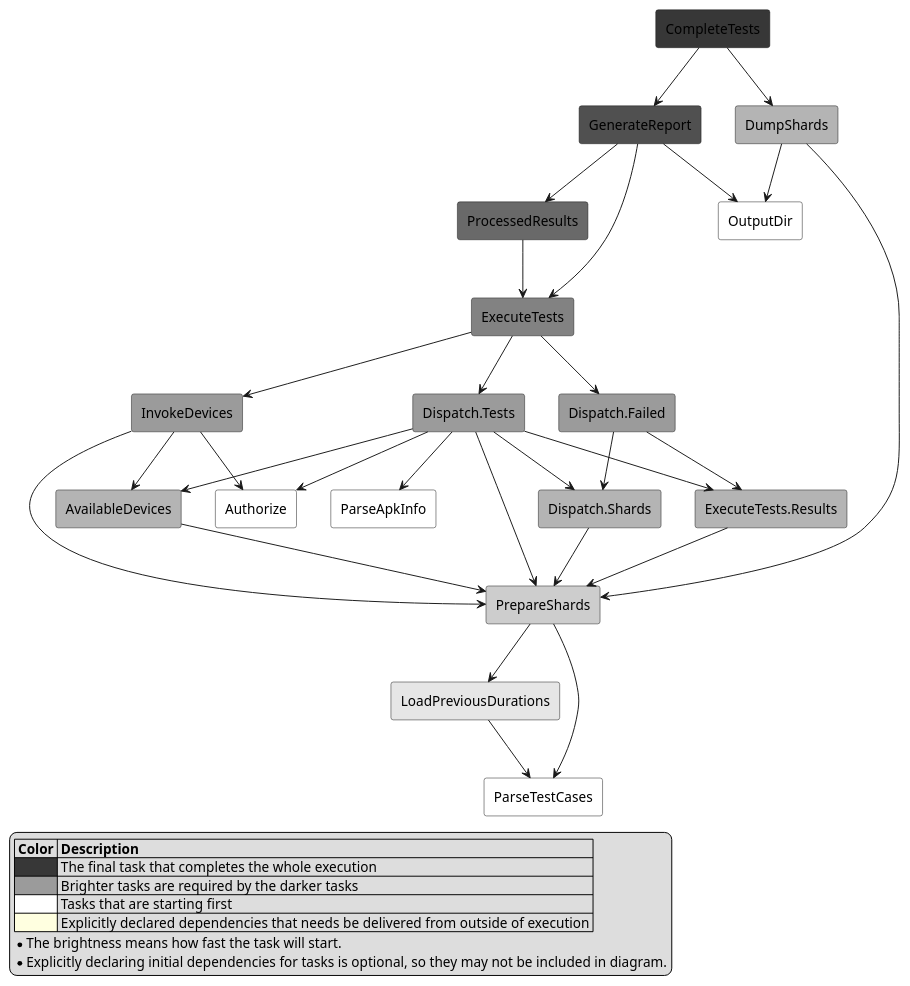
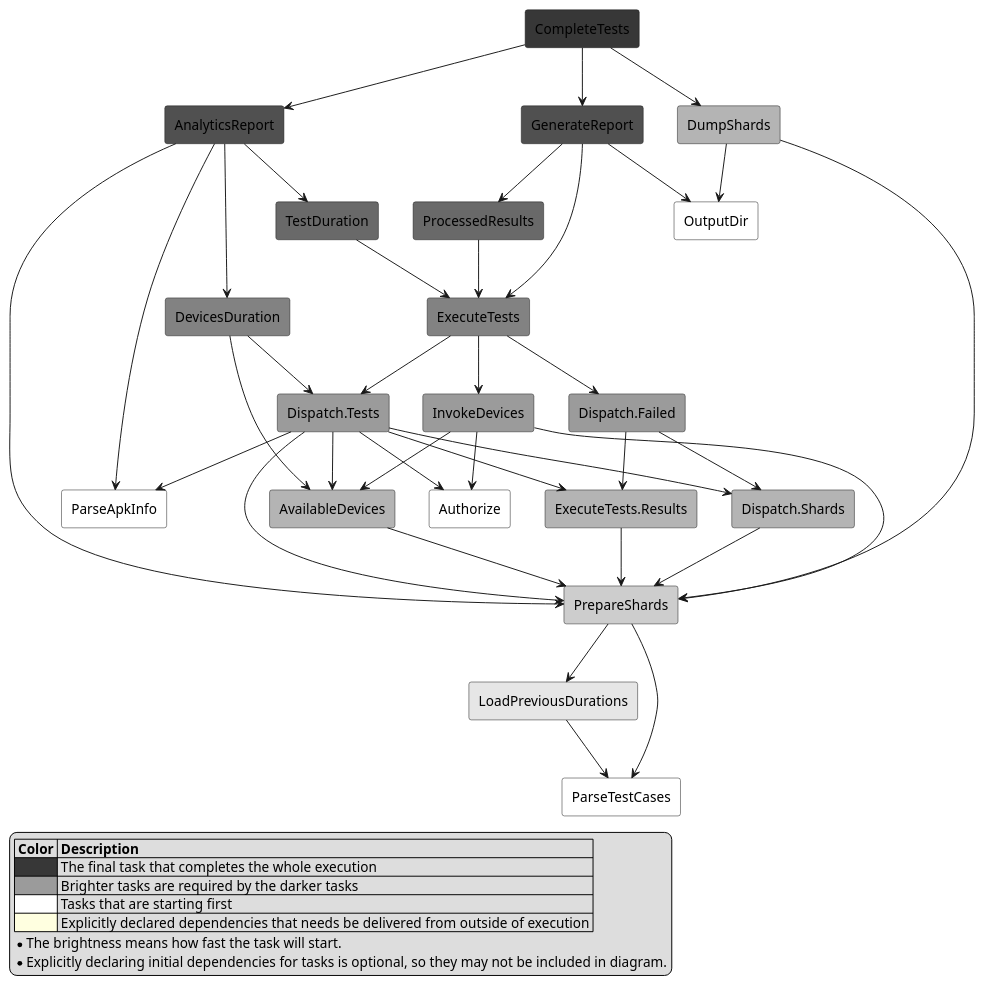
Before and after one commit to Flank/flank: the diagram in corellium/domain/TestAndroid-execute.puml, drawn with PlantUML. The commit also changed 8 other files, not shown here.

```diff
--- a/corellium/domain/TestAndroid-execute.puml
+++ b/corellium/domain/TestAndroid-execute.puml
@@ -1,62 +1,73 @@
 @startuml
 
 skinparam componentStyle rectangle
 
 legend left
   |= Color |= Description |
   |<#373737>| The final task that completes the whole execution |
   |<#9b9b9b>| Brighter tasks are required by the darker tasks |
   |<#ffffff>| Tasks that are starting first |
   |<#LightYellow>| Explicitly declared dependencies that needs be delivered from outside of execution |
   * The brightness means how fast the task will start.
   * Explicitly declaring initial dependencies for tasks is optional, so they may not be included in diagram.
 end legend
 
 [Authorize] #ffffff
 [OutputDir] #ffffff
 [ParseApkInfo] #ffffff
 [ParseTestCases] #ffffff
 [LoadPreviousDurations] #e6e6e6
 [PrepareShards] #cdcdcd
 [AvailableDevices] #b4b4b4
 [Dispatch.Shards] #b4b4b4
 [DumpShards] #b4b4b4
 [ExecuteTests.Results] #b4b4b4
 [Dispatch.Failed] #9b9b9b
 [Dispatch.Tests] #9b9b9b
 [InvokeDevices] #9b9b9b
+[DevicesDuration] #828282
 [ExecuteTests] #828282
+[TestDuration] #696969
 [ProcessedResults] #696969
 [GenerateReport] #505050
+[AnalyticsReport] #505050
 [CompleteTests] #373737
 
 [AvailableDevices] --> [PrepareShards]
+[DevicesDuration] --> [AvailableDevices]
+[DevicesDuration] --> [Dispatch.Tests]
+[TestDuration] --> [ExecuteTests]
 [Dispatch.Failed] --> [Dispatch.Shards]
 [Dispatch.Failed] --> [ExecuteTests.Results]
 [Dispatch.Shards] --> [PrepareShards]
 [Dispatch.Tests] --> [ParseApkInfo]
 [Dispatch.Tests] --> [Authorize]
 [Dispatch.Tests] --> [PrepareShards]
 [Dispatch.Tests] --> [AvailableDevices]
 [Dispatch.Tests] --> [Dispatch.Shards]
 [Dispatch.Tests] --> [ExecuteTests.Results]
 [DumpShards] --> [PrepareShards]
 [DumpShards] --> [OutputDir]
 [ExecuteTests] --> [InvokeDevices]
 [ExecuteTests] --> [Dispatch.Tests]
 [ExecuteTests] --> [Dispatch.Failed]
 [CompleteTests] --> [GenerateReport]
 [CompleteTests] --> [DumpShards]
+[CompleteTests] --> [AnalyticsReport]
 [GenerateReport] --> [ExecuteTests]
 [GenerateReport] --> [ProcessedResults]
 [GenerateReport] --> [OutputDir]
 [ExecuteTests.Results] --> [PrepareShards]
 [InvokeDevices] --> [Authorize]
 [InvokeDevices] --> [PrepareShards]
 [InvokeDevices] --> [AvailableDevices]
 [LoadPreviousDurations] --> [ParseTestCases]
 [PrepareShards] --> [ParseTestCases]
 [PrepareShards] --> [LoadPreviousDurations]
 [ProcessedResults] --> [ExecuteTests]
+[AnalyticsReport] --> [PrepareShards]
+[AnalyticsReport] --> [ParseApkInfo]
+[AnalyticsReport] --> [DevicesDuration]
+[AnalyticsReport] --> [TestDuration]
 
 @enduml
```
